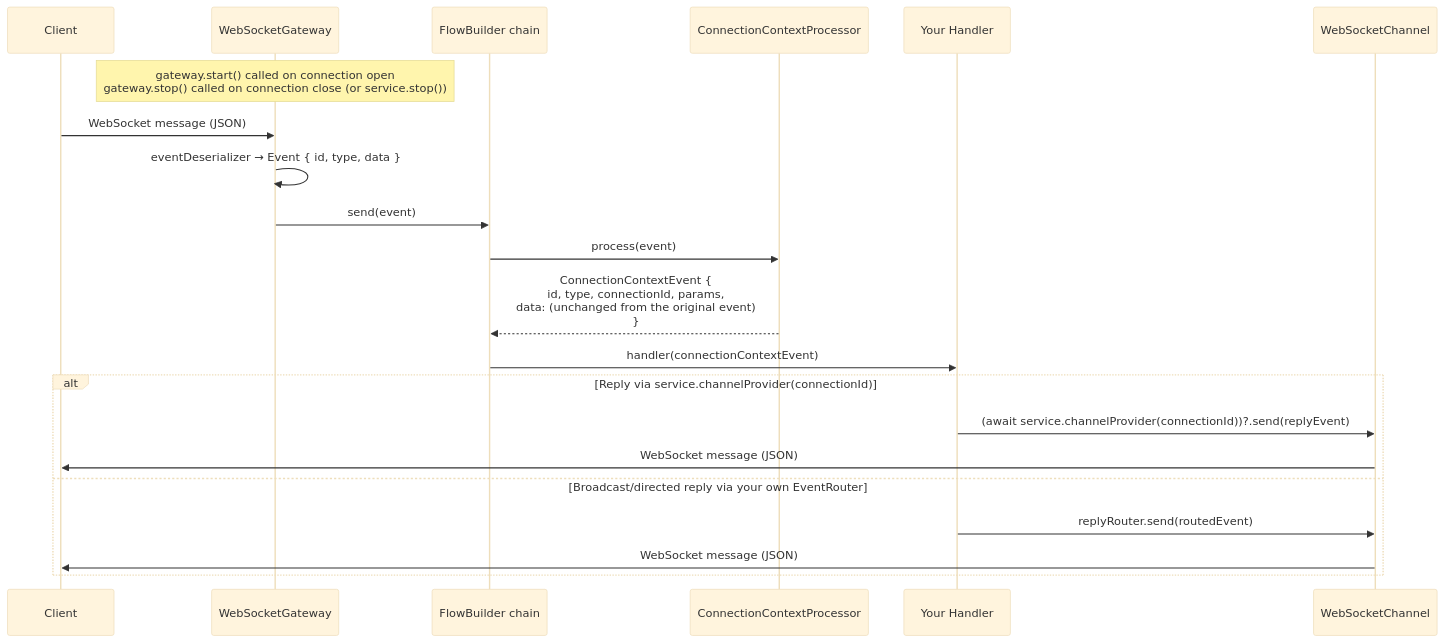
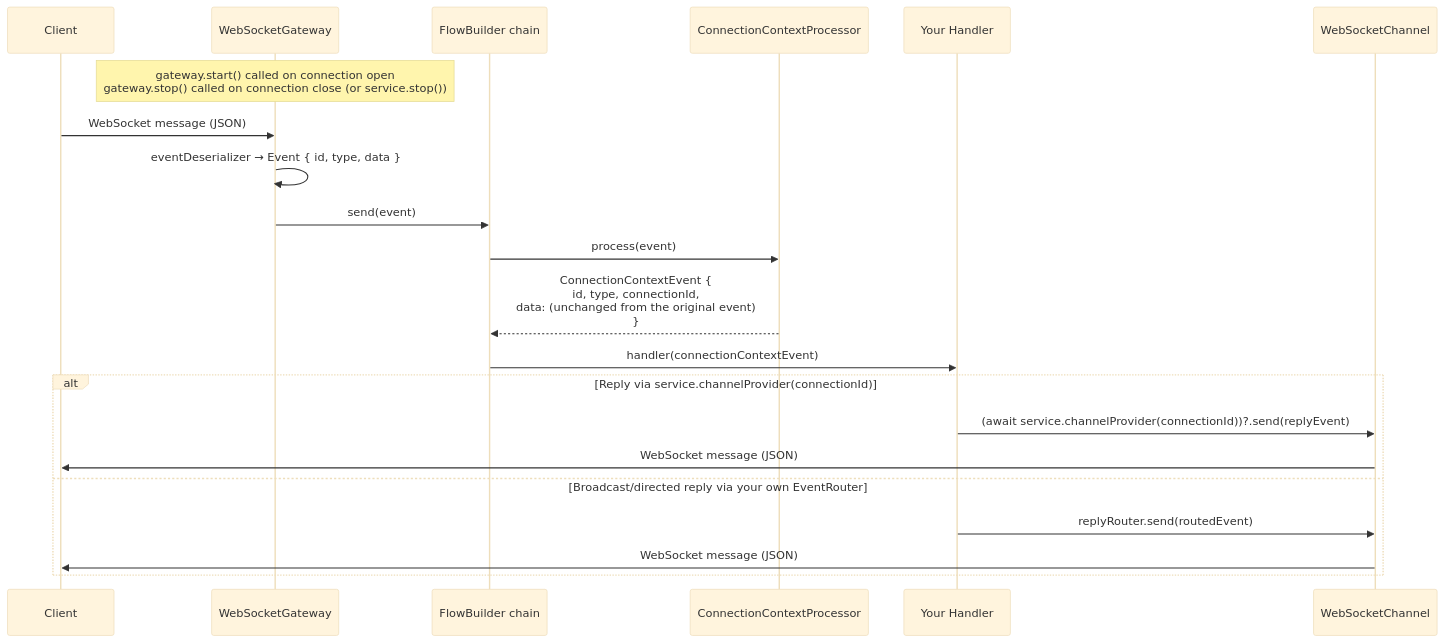
Before and after one commit to sektek/synaptik-express: the third of 4 diagrams in docs/web-socket.md, drawn with Mermaid (base theme). The commit also changed other lines of this file and 4 other files, not shown here.

First line of the commit message:
refactor: drop params from ConnectionContextEvent entirely

````diff
--- a/docs/web-socket.md
+++ b/docs/web-socket.md
@@ -141,28 +141,28 @@
 ```mermaid
 sequenceDiagram
     participant Client
     participant Gateway as WebSocketGateway
     participant Flow as FlowBuilder chain
     participant Processor as ConnectionContextProcessor
     participant Handler as Your Handler
     participant Channel as WebSocketChannel
 
     Note over Gateway: gateway.start() called on connection open<br/>gateway.stop() called on connection close (or service.stop())
 
     Client->>Gateway: WebSocket message (JSON)
     Gateway->>Gateway: eventDeserializer → Event { id, type, data }
     Gateway->>Flow: send(event)
 
     Flow->>Processor: process(event)
-    Processor-->>Flow: ConnectionContextEvent {<br/>  id, type, connectionId, params,<br/>  data: (unchanged from the original event)<br/>}
+    Processor-->>Flow: ConnectionContextEvent {<br/>  id, type, connectionId,<br/>  data: (unchanged from the original event)<br/>}
 
     Flow->>Handler: handler(connectionContextEvent)
 
     alt Reply via service.channelProvider(connectionId)
         Handler->>Channel: (await service.channelProvider(connectionId))?.send(replyEvent)
         Channel->>Client: WebSocket message (JSON)
     else Broadcast/directed reply via your own EventRouter
         Handler->>Channel: replyRouter.send(routedEvent)
         Channel->>Client: WebSocket message (JSON)
     end
 ```
````
